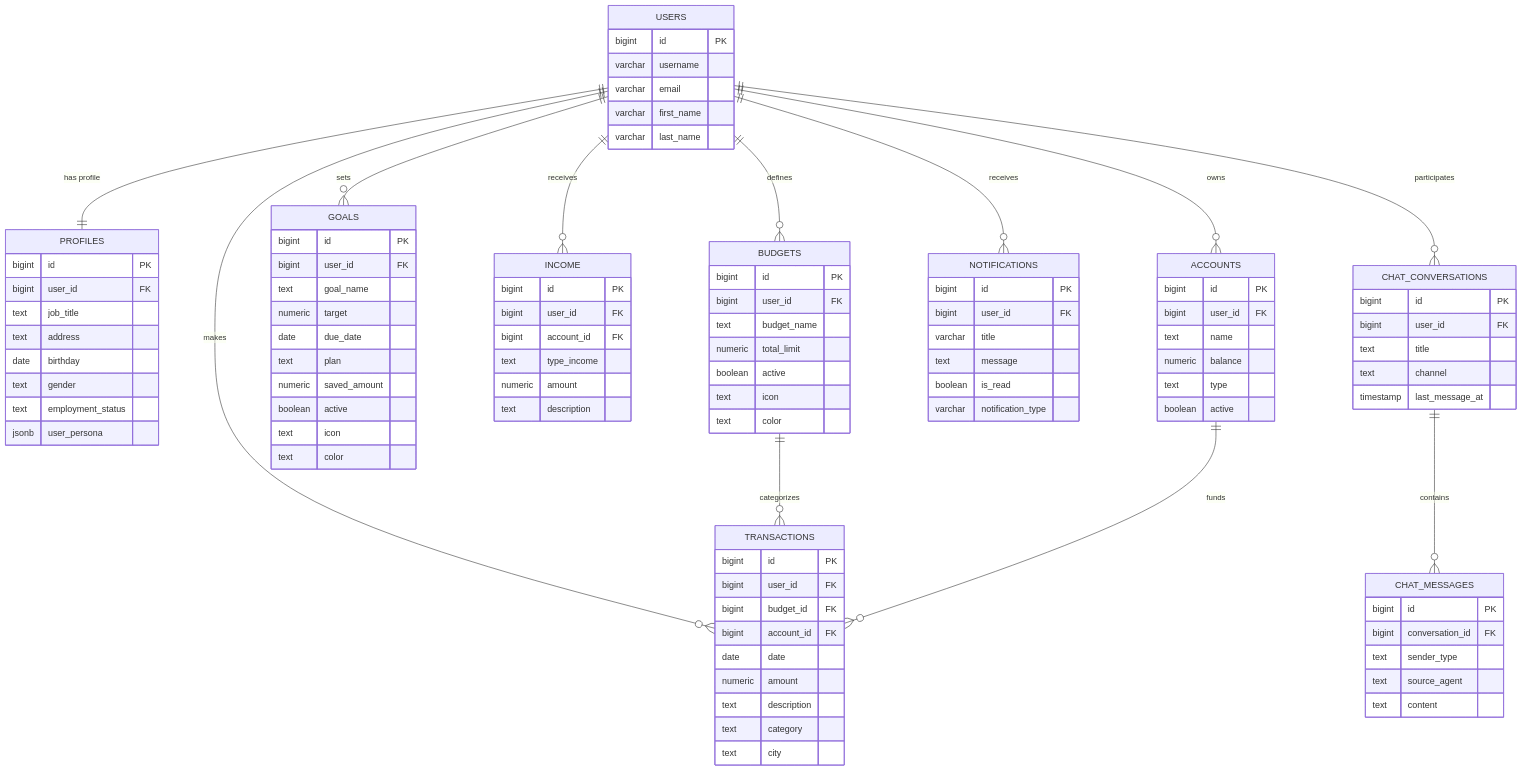
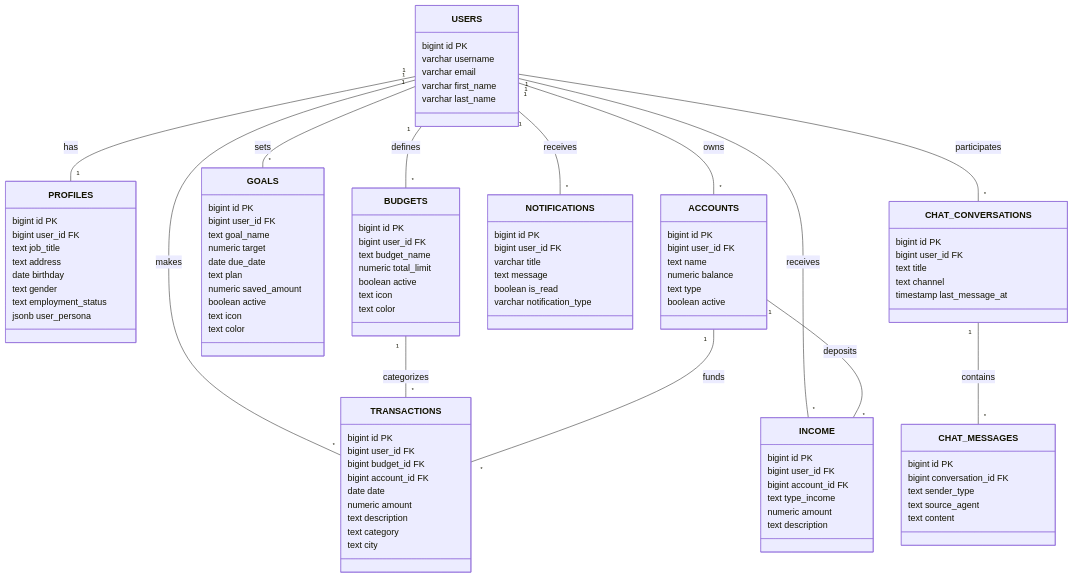
One commit to Apo-Eclipse/Grad changed the fourth of 4 diagrams in README.md. Above: the diagram before and after it, drawn with Mermaid. The commit also changed other lines of this file and 1 other file, not shown here.

Commit message:
Clarify the Personal Assistant Agent's role, remove the Transaction Maker agent, add the Budget Notification System, and refactor the database diagram from ER to Class diagram.

````diff
--- a/README.md
+++ b/README.md
@@ -191,25 +190,16 @@
 ```mermaid
-erDiagram
-    USERS ||--|| PROFILES : "has profile"
-    USERS ||--o{ BUDGETS : "defines"
-    USERS ||--o{ GOALS : "sets"
-    USERS ||--o{ INCOME : "receives"
-    USERS ||--o{ TRANSACTIONS : "makes"
-    USERS ||--o{ ACCOUNTS : "owns"
-    USERS ||--o{ NOTIFICATIONS : "receives"
-    USERS ||--o{ CHAT_CONVERSATIONS : "participates"
-    BUDGETS ||--o{ TRANSACTIONS : "categorizes"
-    ACCOUNTS ||--o{ TRANSACTIONS : "funds"
-    CHAT_CONVERSATIONS ||--o{ CHAT_MESSAGES : "contains"
+classDiagram
+    direction TD
 
-    USERS {
+    class USERS {
         bigint id PK
         varchar username
         varchar email
         varchar first_name
         varchar last_name
     }
-    PROFILES {
+
+    class PROFILES {
         bigint id PK
         bigint user_id FK
         text job_title
@@ -219,7 +209,8 @@
         text employment_status
         jsonb user_persona
     }
-    BUDGETS {
+
+    class BUDGETS {
         bigint id PK
         bigint user_id FK
         text budget_name
@@ -228,7 +219,8 @@
         text icon
         text color
     }
-    GOALS {
+
+    class GOALS {
         bigint id PK
         bigint user_id FK
         text goal_name
@@ -240,7 +232,8 @@
         text icon
         text color
     }
-    INCOME {
+
+    class INCOME {
         bigint id PK
         bigint user_id FK
         bigint account_id FK
@@ -248,7 +241,8 @@
         numeric amount
         text description
     }
-    TRANSACTIONS {
+
+    class TRANSACTIONS {
         bigint id PK
         bigint user_id FK
         bigint budget_id FK
@@ -259,7 +253,8 @@
         text category
         text city
     }
-    ACCOUNTS {
+
+    class ACCOUNTS {
         bigint id PK
         bigint user_id FK
         text name
@@ -267,7 +262,8 @@
         text type
         boolean active
     }
-    NOTIFICATIONS {
+
+    class NOTIFICATIONS {
         bigint id PK
         bigint user_id FK
         varchar title
@@ -275,18 +271,34 @@
         boolean is_read
         varchar notification_type
     }
-    CHAT_CONVERSATIONS {
+
+    class CHAT_CONVERSATIONS {
         bigint id PK
         bigint user_id FK
         text title
         text channel
         timestamp last_message_at
     }
-    CHAT_MESSAGES {
+
+    class CHAT_MESSAGES {
         bigint id PK
         bigint conversation_id FK
         text sender_type
         text source_agent
         text content
     }
+
+    USERS "1" -- "1" PROFILES : has
+    USERS "1" -- "*" BUDGETS : defines
+    USERS "1" -- "*" GOALS : sets
+    USERS "1" -- "*" INCOME : receives
+    USERS "1" -- "*" TRANSACTIONS : makes
+    USERS "1" -- "*" ACCOUNTS : owns
+    USERS "1" -- "*" NOTIFICATIONS : receives
+    USERS "1" -- "*" CHAT_CONVERSATIONS : participates
+
+    BUDGETS "1" -- "*" TRANSACTIONS : categorizes
+    ACCOUNTS "1" -- "*" TRANSACTIONS : funds
+    ACCOUNTS "1" -- "*" INCOME : deposits
+    CHAT_CONVERSATIONS "1" -- "*" CHAT_MESSAGES : contains
 ```
````
